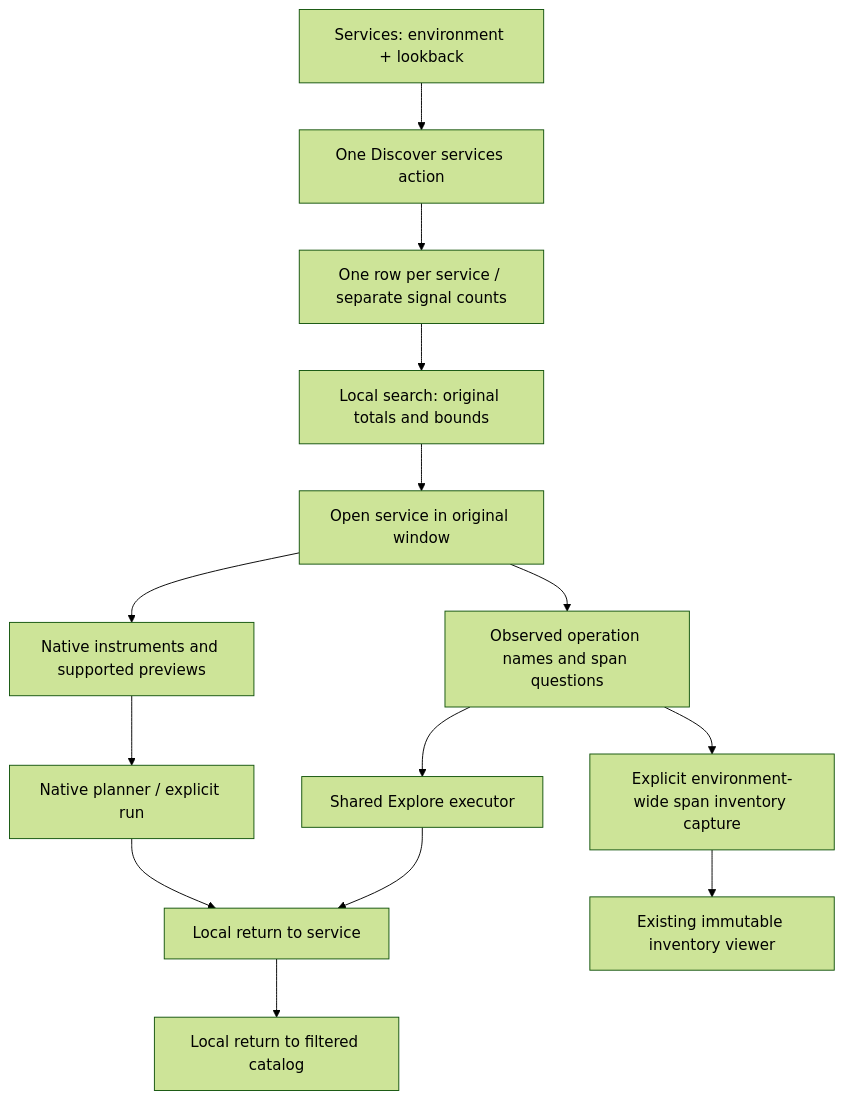
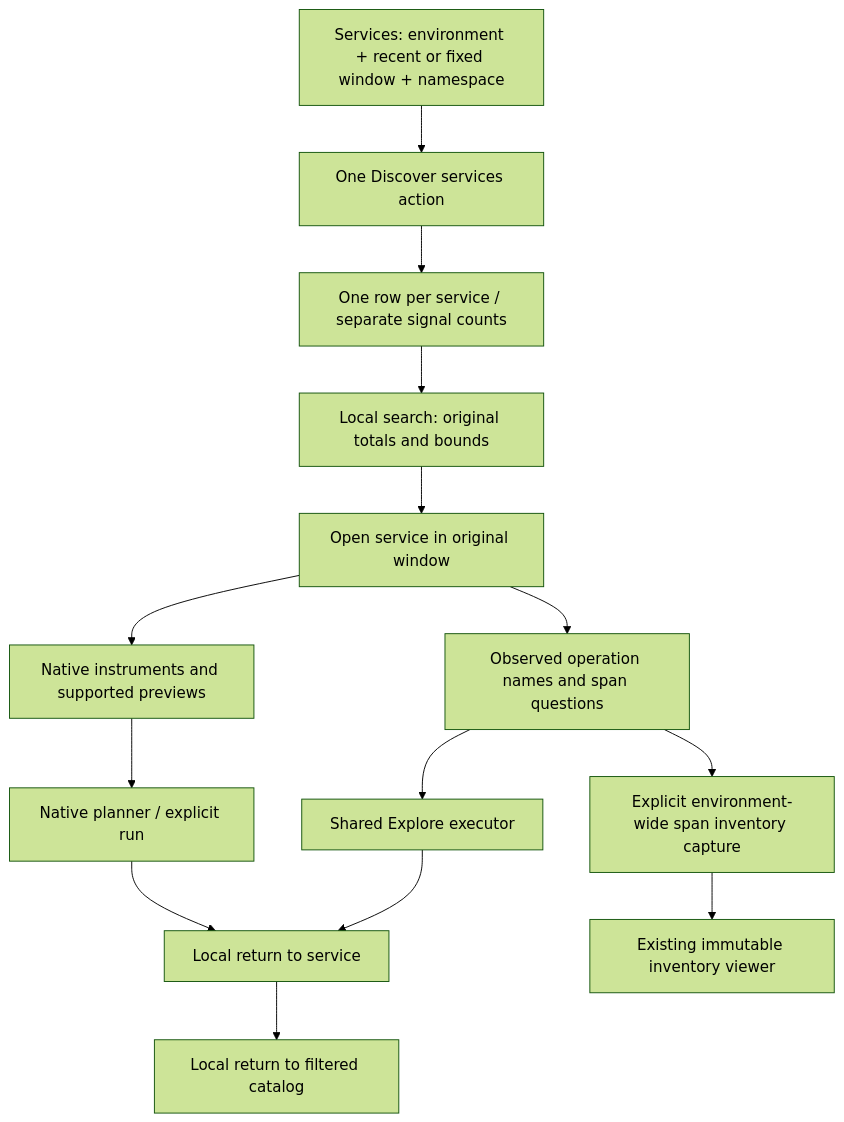
The diagram in docs/UNIFIED_SERVICE_CATALOG.md (casselc/goo), drawn with Mermaid (forest theme) before and after one commit. The commit also changed other lines of this file and 35 other files, not shown here.

Commit message:
feat: discover exponential-only services through the catalog

````diff
--- a/docs/UNIFIED_SERVICE_CATALOG.md
+++ b/docs/UNIFIED_SERVICE_CATALOG.md
@@ -46,16 +47,16 @@
 ```mermaid
 flowchart TD
-  Entry[Services: environment + lookback] --> Discover[One Discover services action]
+  Entry[Services: environment + recent or fixed window + namespace] --> Discover[One Discover services action]
   Discover --> Catalog[One row per service / separate signal counts]
   Catalog --> Search[Local search: original totals and bounds]
   Search --> Service[Open service in original window]
   Service --> Operations[Observed operation names and span questions]
   Service --> Instruments[Native instruments and supported previews]
   Operations --> Explore[Shared Explore executor]
   Instruments --> Preview[Native planner / explicit run]
   Explore --> Return[Local return to service]
   Preview --> Return
   Return --> CatalogReturn[Local return to filtered catalog]
   Operations --> Capture[Explicit environment-wide span inventory capture]
   Capture --> Frozen[Existing immutable inventory viewer]
 ```
````
